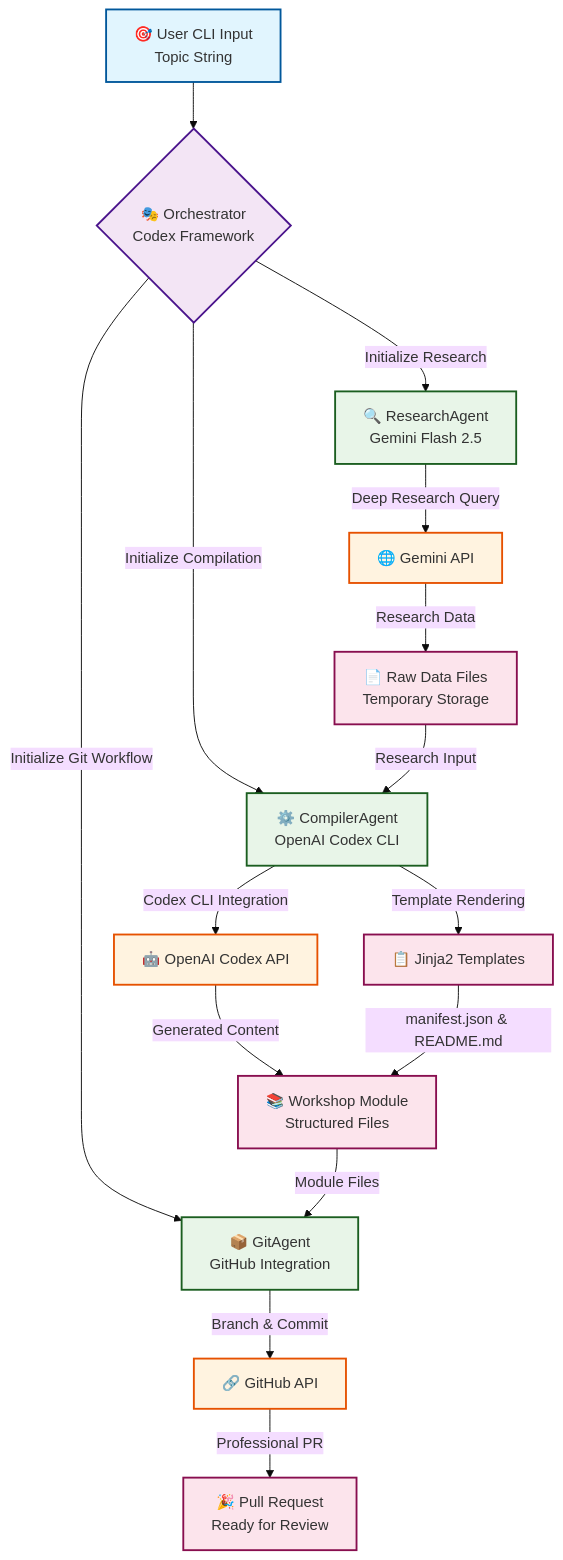
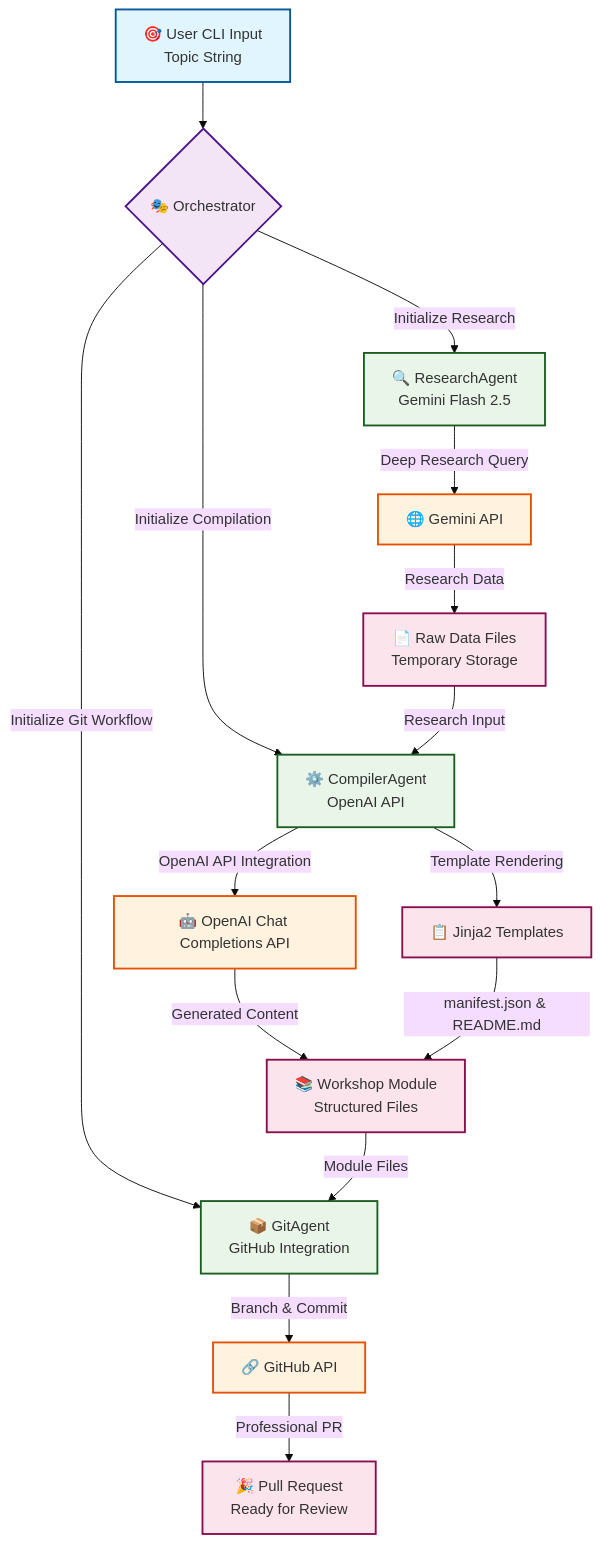
One commit to TheDreamLabUK/website changed the first of 3 diagrams in workshop-builder/docs/03_core_concepts_architecture.md. Above: the diagram before and after it, drawn with Mermaid (base theme). The commit also changed other lines of this file and 20 other files, not shown here.

````diff
--- a/workshop-builder/docs/03_core_concepts_architecture.md
+++ b/workshop-builder/docs/03_core_concepts_architecture.md
@@ -27,39 +27,39 @@
 ```mermaid
 graph TB
     %% User Input and Orchestration
-    A[🎯 User CLI Input<br/>Topic String] --> B{🎭 Orchestrator<br/>Codex Framework}
+    A[🎯 User CLI Input<br/>Topic String] --> B{🎭 Orchestrator}
     
     %% Research Phase
     B -->|Initialize Research| C[🔍 ResearchAgent<br/>Gemini Flash 2.5]
     C -->|Deep Research Query| C1[🌐 Gemini API]
     C1 -->|Research Data| C2[📄 Raw Data Files<br/>Temporary Storage]
     
     %% Compilation Phase
-    B -->|Initialize Compilation| D[⚙️ CompilerAgent<br/>OpenAI Codex CLI]
+    B -->|Initialize Compilation| D[⚙️ CompilerAgent<br/>OpenAI API]
     C2 -->|Research Input| D
-    D -->|Codex CLI Integration| D1[🤖 OpenAI Codex API]
+    D -->|OpenAI API Integration| D1[🤖 OpenAI Chat Completions API]
     D1 -->|Generated Content| D2[📚 Workshop Module<br/>Structured Files]
     
     %% Template Processing
     D -->|Template Rendering| T[📋 Jinja2 Templates]
     T -->|manifest.json & README.md| D2
     
     %% Git Workflow
     B -->|Initialize Git Workflow| E[📦 GitAgent<br/>GitHub Integration]
     D2 -->|Module Files| E
     E -->|Branch & Commit| E1[🔗 GitHub API]
     E1 -->|Professional PR| F[🎉 Pull Request<br/>Ready for Review]
     
     %% Styling
     classDef userInput fill:#e1f5fe,stroke:#01579b,stroke-width:2px
     classDef orchestrator fill:#f3e5f5,stroke:#4a148c,stroke-width:2px
     classDef agent fill:#e8f5e8,stroke:#1b5e20,stroke-width:2px
     classDef api fill:#fff3e0,stroke:#e65100,stroke-width:2px
     classDef output fill:#fce4ec,stroke:#880e4f,stroke-width:2px
     
     class A userInput
     class B orchestrator
     class C,D,E agent
     class C1,D1,E1 api
     class C2,D2,T,F output
 ```
````
